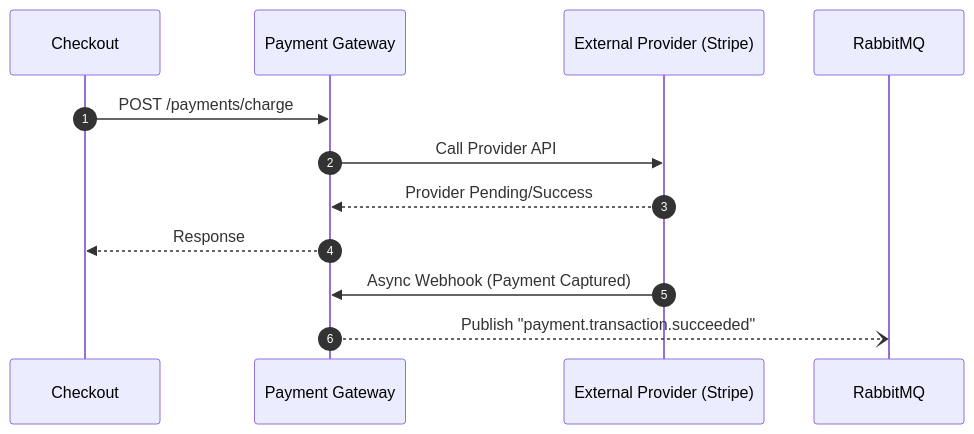
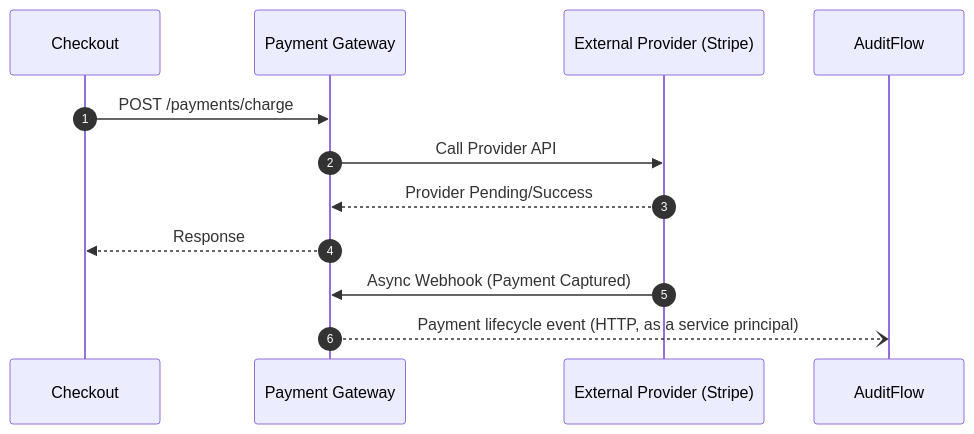
One commit to Labs64/labs64.io-docs changed the diagram in modules/payment-gateway/index.md. Above: the diagram before and after it, drawn with Mermaid. The commit also changed 6 other files, not shown here.

Commit message:
Bump 3pp versions + improve AuditFlow stability

````diff
--- a/modules/payment-gateway/index.md
+++ b/modules/payment-gateway/index.md
@@ -24,16 +24,16 @@
 ```mermaid
 sequenceDiagram
     autonumber
     participant CO as Checkout
     participant PG as Payment Gateway
     participant PSP as External Provider (Stripe)
-    participant MQ as RabbitMQ
+    participant AF as AuditFlow
 
     CO->>PG: POST /payments/charge
     PG->>PSP: Call Provider API
     PSP-->>PG: Provider Pending/Success
     PG-->>CO: Response
     
     PSP->>PG: Async Webhook (Payment Captured)
-    PG--)MQ: Publish "payment.transaction.succeeded"
+    PG--)AF: Payment lifecycle event (HTTP, as a service principal)
 ```
````
